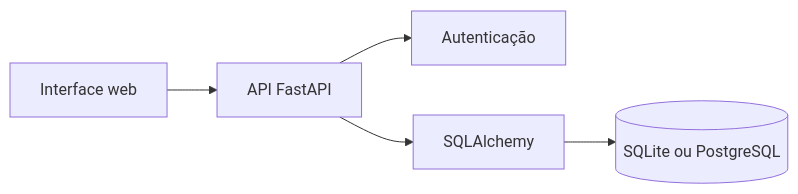
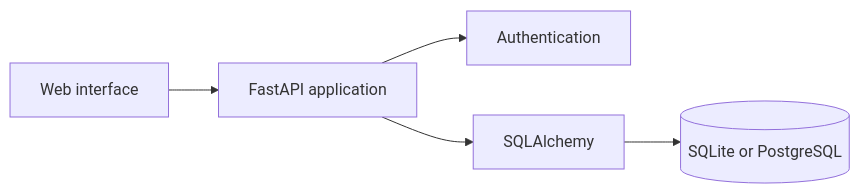
One commit to leonardo-h-oliveira/smart-carpool changed the diagram in README.md. Above: the diagram before and after it, drawn with Mermaid. The commit also changed other lines of this file and 3 other files, not shown here.

````diff
--- a/README.md
+++ b/README.md
@@ -47,7 +47,7 @@
 ```mermaid
 flowchart LR
-    UI[Interface web] --> API[API FastAPI]
-    API --> AUTH[Autenticação]
+    UI[Web interface] --> API[FastAPI application]
+    API --> AUTH[Authentication]
     API --> ORM[SQLAlchemy]
-    ORM --> DB[(SQLite ou PostgreSQL)]
+    ORM --> DB[(SQLite or PostgreSQL)]
 ```
````
